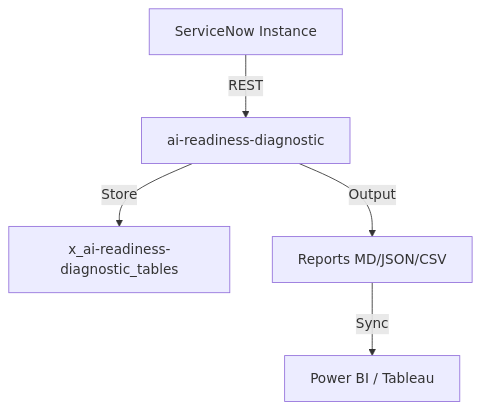
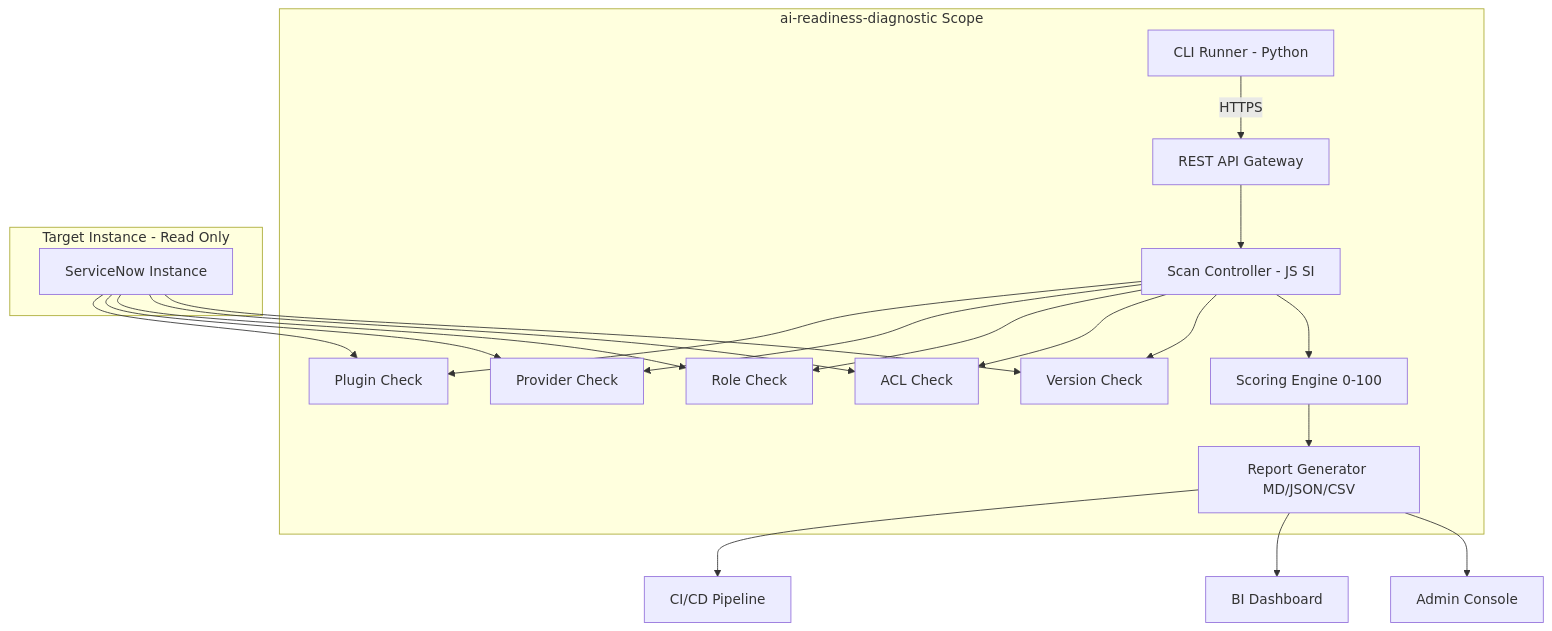
One commit to vladarchitectservicenow-oss/ai-readiness-diagnostic changed the diagram in README.md. Above: the diagram before and after it, drawn with Mermaid. The commit also changed other lines of this file and 16 other files, not shown here.

Commit message:
Phase 1-2 reconstitution: architecture, dependency, risk, execution plan, 14 SOP scenarios, 10 regression, 12 edge cases, README 2203w, community health files, LICENSE verified

````diff
--- a/README.md
+++ b/README.md
@@ -29,7 +25,27 @@
 ```mermaid
 graph TD
-    SN[ServiceNow Instance] -->|REST| ai-readiness-diagnostic
-    ai-readiness-diagnostic -->|Store| DB[x_ai-readiness-diagnostic_tables]
-    ai-readiness-diagnostic -->|Output| Report[Reports MD/JSON/CSV]
-    Report -->|Sync| BI[Power BI / Tableau]
+    subgraph "ai-readiness-diagnostic Scope"
+        CLI[CLI Runner - Python] -->|HTTPS| REST[REST API Gateway]
+        REST --> SCAN[Scan Controller - JS SI]
+        SCAN --> PLUGIN[Plugin Check]
+        SCAN --> PROV[Provider Check]
+        SCAN --> ROLE[Role Check]
+        SCAN --> ACL[ACL Check]
+        SCAN --> VER[Version Check]
+        SCAN --> SCORE[Scoring Engine 0-100]
+        SCORE --> REPORT[Report Generator MD/JSON/CSV]
+    end
+
+    subgraph "Target Instance - Read Only"
+        TI[ServiceNow Instance]
+        TI --> PLUGIN
+        TI --> PROV
+        TI --> ROLE
+        TI --> ACL
+        TI --> VER
+    end
+
+    REPORT --> CI[CI/CD Pipeline]
+    REPORT --> DASH[BI Dashboard]
+    REPORT --> CONSOLE[Admin Console]
 ```
````
